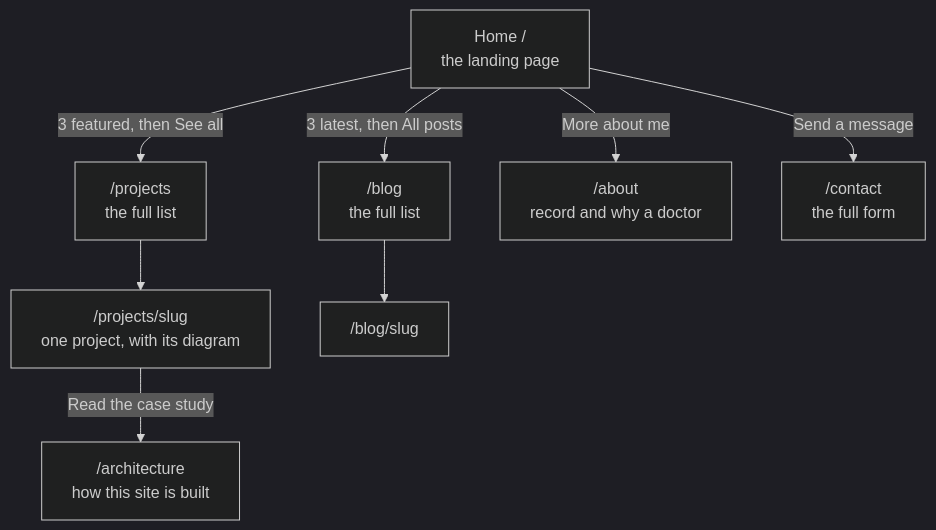
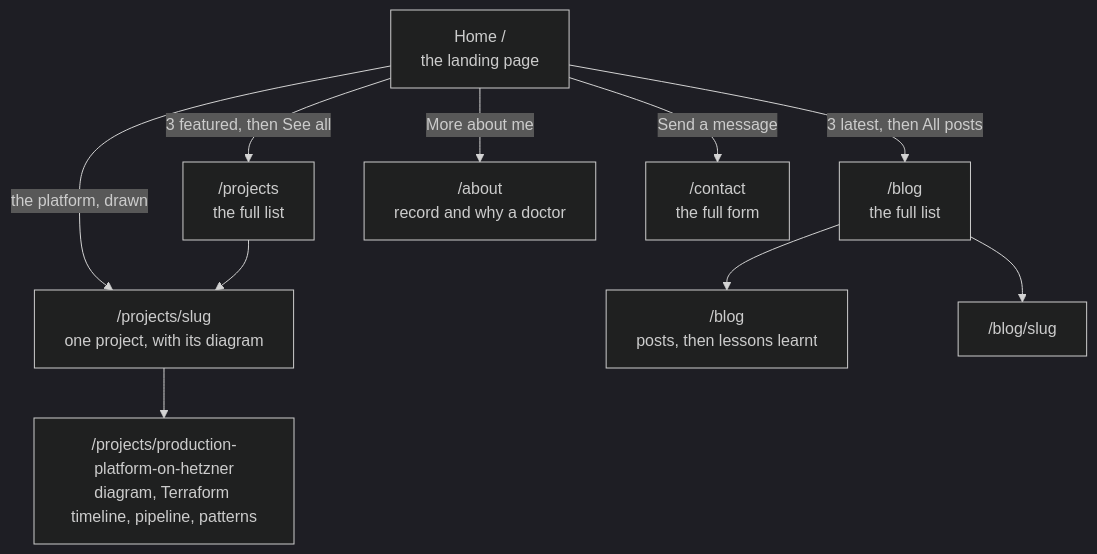
The diagram in docs/infra/09-site-structure-and-content.md (BamiseOmolaso/cloudportfoliowebsite), drawn with Mermaid (dark theme) before and after one commit. The commit also changed other lines of this file and 11 other files, not shown here.

Commit message:
feat: platform diagram on home, case study under Projects, lessons on the blog

````diff
--- a/docs/infra/09-site-structure-and-content.md
+++ b/docs/infra/09-site-structure-and-content.md
@@ -15,11 +15,13 @@
 ```mermaid
 flowchart TD
   H["Home /<br/>the landing page"]
+  H -->|"the platform, drawn"| PS
   H -->|"3 featured, then See all"| P["/projects<br/>the full list"]
   H -->|"3 latest, then All posts"| B["/blog<br/>the full list"]
   H -->|"More about me"| AB["/about<br/>record and why a doctor"]
   H -->|"Send a message"| CF["/contact<br/>the full form"]
   P --> PS["/projects/slug<br/>one project, with its diagram"]
-  PS -->|"Read the case study"| A["/architecture<br/>how this site is built"]
+  PS --> PL["/projects/production-platform-on-hetzner<br/>diagram, Terraform timeline, pipeline, patterns"]
+  B --> L["/blog<br/>posts, then lessons learnt"]
   B --> BS["/blog/slug"]
 ```
````
